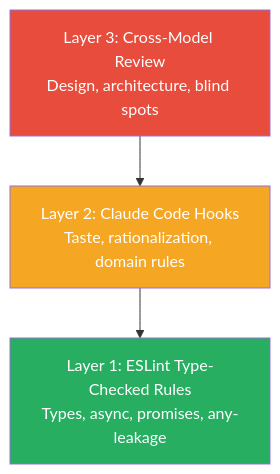
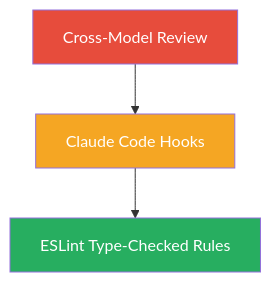
The diagram in docs/diagrams/evals-pyramid.md (Alaslani/AI-Framework), drawn with Mermaid before and after one commit. The commit also changed 7 other files, not shown here.

First line of the commit message:
fix(diagrams): simplify Mermaid diagrams for GitHub rendering

````diff
--- a/docs/diagrams/evals-pyramid.md
+++ b/docs/diagrams/evals-pyramid.md
@@ -5,12 +5,12 @@
 ```mermaid
 flowchart TB
-    L3["Layer 3: Cross-Model Review\nDesign, architecture, blind spots"]
-    L2["Layer 2: Claude Code Hooks\nTaste, rationalization, domain rules"]
-    L1["Layer 1: ESLint Type-Checked Rules\nTypes, async, promises, any-leakage"]
+    L3["Cross-Model Review"]
+    L2["Claude Code Hooks"]
+    L1["ESLint Type-Checked Rules"]
 
     L3 --> L2 --> L1
 
     style L3 fill:#e74c3c,color:#fff
     style L2 fill:#f5a623,color:#fff
     style L1 fill:#27ae60,color:#fff
 ```
````
